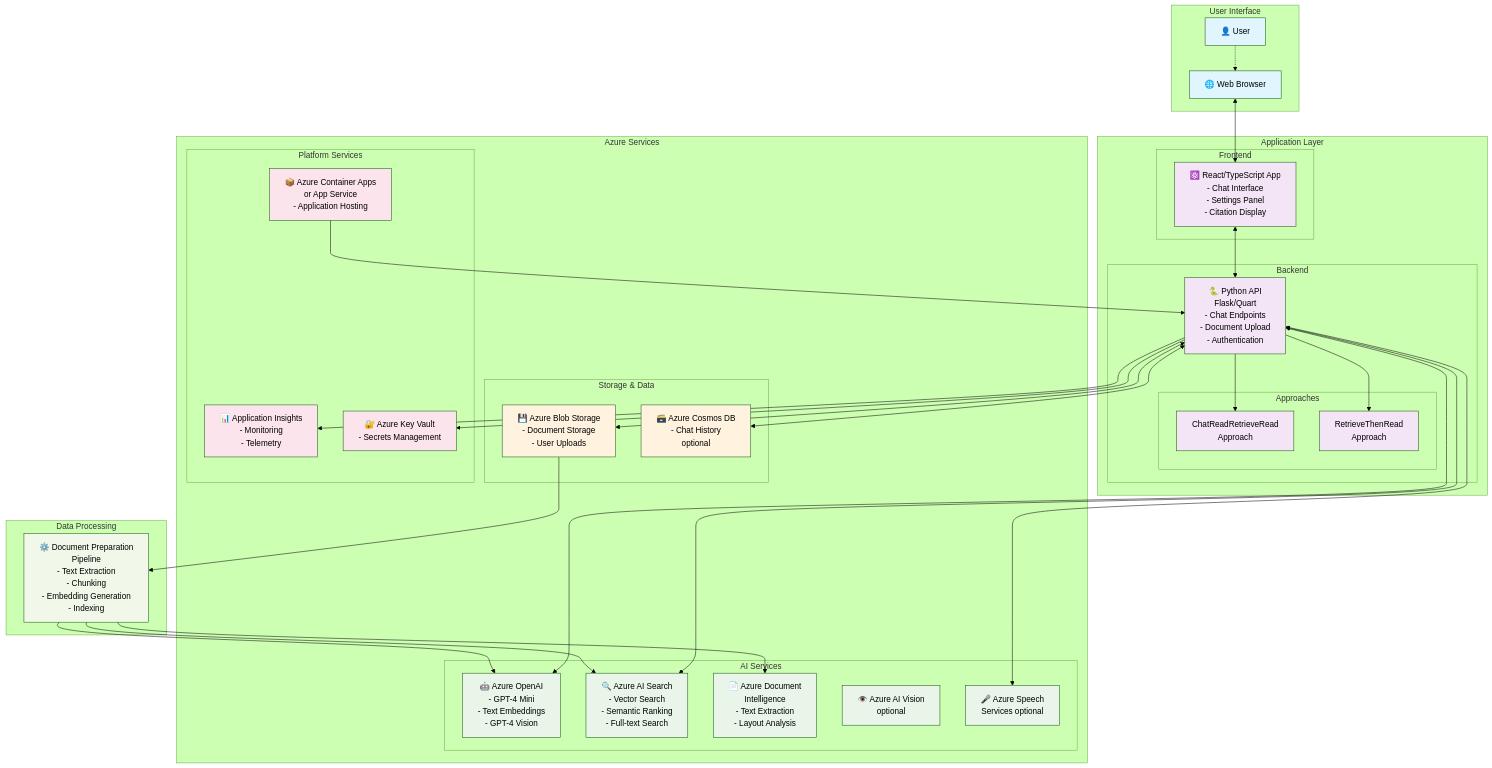
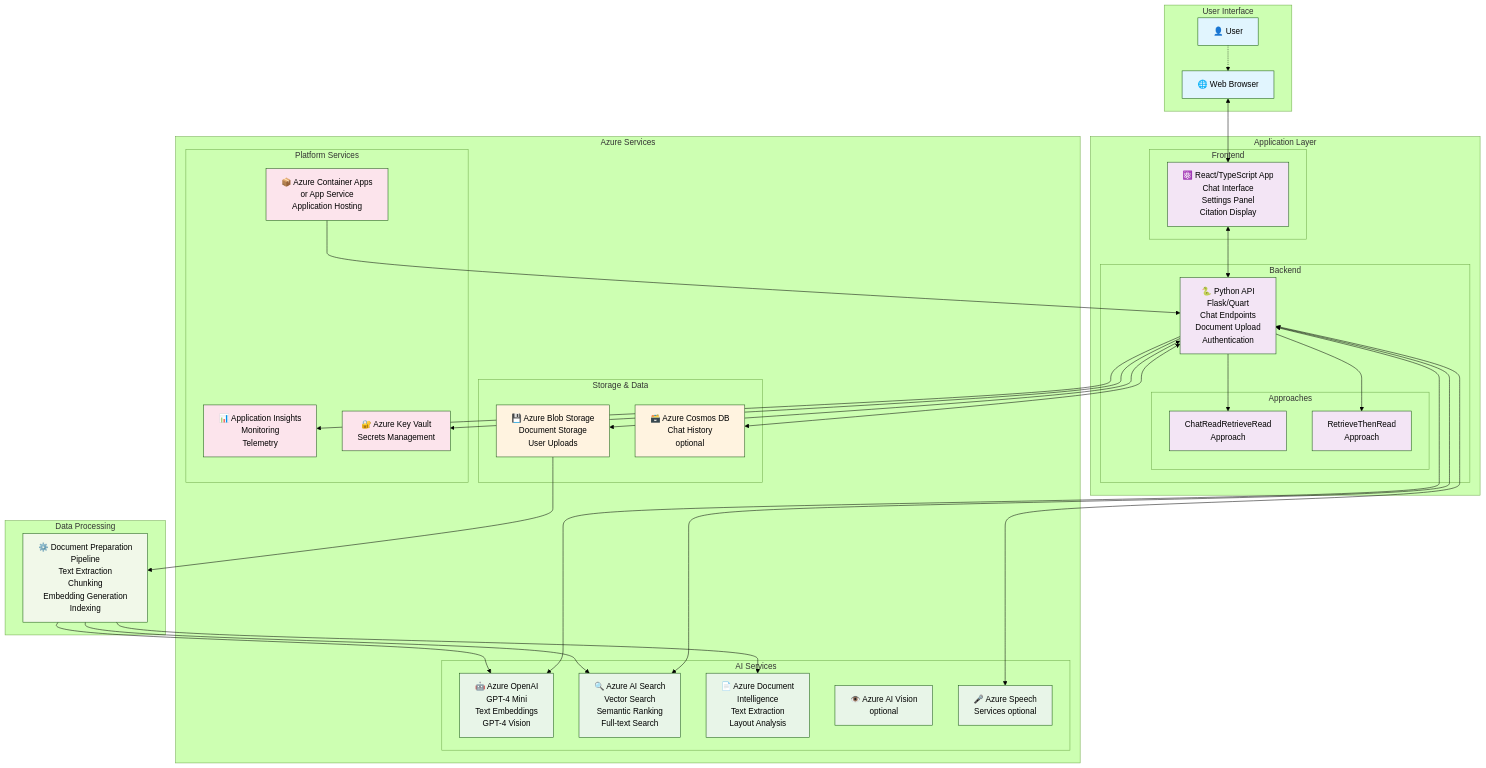
Before and after one commit to Azure-Samples/azure-search-openai-demo: the first of 3 diagrams in docs/architecture.md, drawn with Mermaid (forest theme).

Commit message:
Fix Mermaid parse error by removing dashes from node labels

```diff
--- a/docs/architecture.md
+++ b/docs/architecture.md
@@ -17,11 +17,11 @@
 
     subgraph "Application Layer"
         subgraph "Frontend"
-            React[⚛️ React/TypeScript App<br/>- Chat Interface<br/>- Settings Panel<br/>- Citation Display]
+            React[⚛️ React/TypeScript App<br/>Chat Interface<br/>Settings Panel<br/>Citation Display]
         end
         
         subgraph "Backend"
-            API[🐍 Python API<br/>Flask/Quart<br/>- Chat Endpoints<br/>- Document Upload<br/>- Authentication]
+            API[🐍 Python API<br/>Flask/Quart<br/>Chat Endpoints<br/>Document Upload<br/>Authentication]
             
             subgraph "Approaches"
                 CRR[ChatReadRetrieveRead<br/>Approach]
@@ -32,27 +32,27 @@
 
     subgraph "Azure Services"
         subgraph "AI Services"
-            OpenAI[🤖 Azure OpenAI<br/>- GPT-4 Mini<br/>- Text Embeddings<br/>- GPT-4 Vision]
-            Search[🔍 Azure AI Search<br/>- Vector Search<br/>- Semantic Ranking<br/>- Full-text Search]
-            DocIntel[📄 Azure Document<br/>Intelligence<br/>- Text Extraction<br/>- Layout Analysis]
+            OpenAI[🤖 Azure OpenAI<br/>GPT-4 Mini<br/>Text Embeddings<br/>GPT-4 Vision]
+            Search[🔍 Azure AI Search<br/>Vector Search<br/>Semantic Ranking<br/>Full-text Search]
+            DocIntel[📄 Azure Document<br/>Intelligence<br/>Text Extraction<br/>Layout Analysis]
             Vision2[👁️ Azure AI Vision<br/>optional]
             Speech[🎤 Azure Speech<br/>Services optional]
         end
         
         subgraph "Storage & Data"
-            Blob[💾 Azure Blob Storage<br/>- Document Storage<br/>- User Uploads]
-            Cosmos[🗃️ Azure Cosmos DB<br/>- Chat History<br/>optional]
+            Blob[💾 Azure Blob Storage<br/>Document Storage<br/>User Uploads]
+            Cosmos[🗃️ Azure Cosmos DB<br/>Chat History<br/>optional]
         end
         
         subgraph "Platform Services"
-            ContainerApps[📦 Azure Container Apps<br/>or App Service<br/>- Application Hosting]
-            AppInsights[📊 Application Insights<br/>- Monitoring<br/>- Telemetry]
-            KeyVault[🔐 Azure Key Vault<br/>- Secrets Management]
+            ContainerApps[📦 Azure Container Apps<br/>or App Service<br/>Application Hosting]
+            AppInsights[📊 Application Insights<br/>Monitoring<br/>Telemetry]
+            KeyVault[🔐 Azure Key Vault<br/>Secrets Management]
         end
     end
 
     subgraph "Data Processing"
-        PrepDocs[⚙️ Document Preparation<br/>Pipeline<br/>- Text Extraction<br/>- Chunking<br/>- Embedding Generation<br/>- Indexing]
+        PrepDocs[⚙️ Document Preparation<br/>Pipeline<br/>Text Extraction<br/>Chunking<br/>Embedding Generation<br/>Indexing]
     end
 
     %% User Interaction Flow
```
